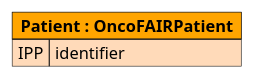
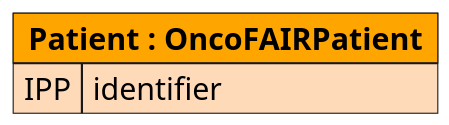
Before and after one commit to ONCOFAIR/FHIR-ImplementationGuide-Article: the diagram in input/images-source/OncoFAIRPatient.plantuml, drawn with PlantUML. The commit also changed 5 other files, not shown here.

```diff
--- a/input/images-source/OncoFAIRPatient.plantuml
+++ b/input/images-source/OncoFAIRPatient.plantuml
@@ -1,10 +1,10 @@
 @startuml
 
-
+scale 400 width
 
 map "**Patient : OncoFAIRPatient**" as Patient #back:PeachPuff;header:Orange {
     IPP => identifier
 }
 
 
 @enduml
```
